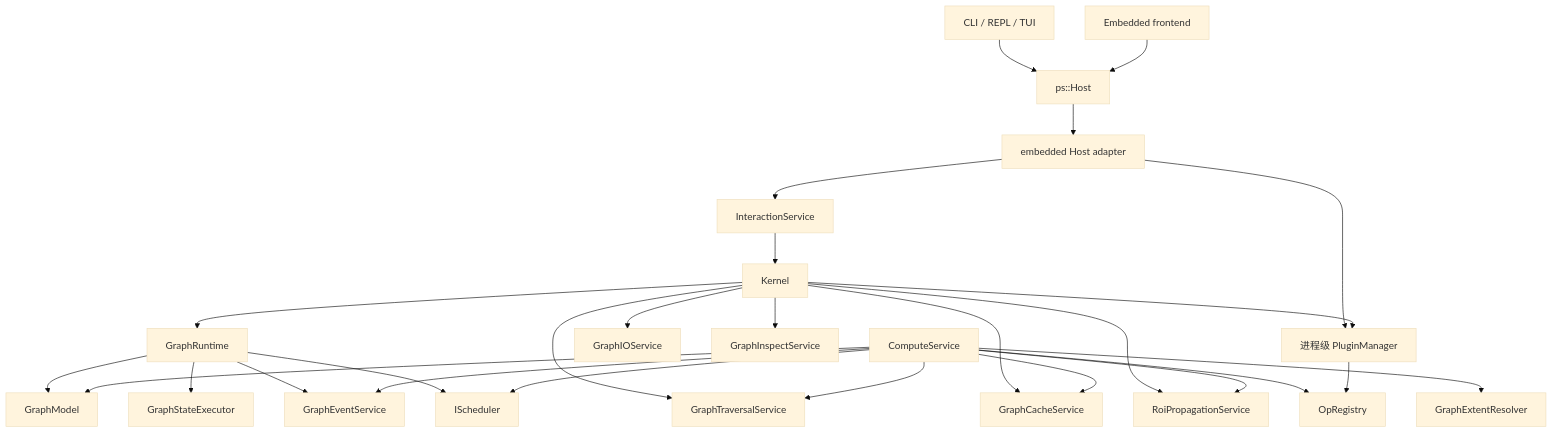
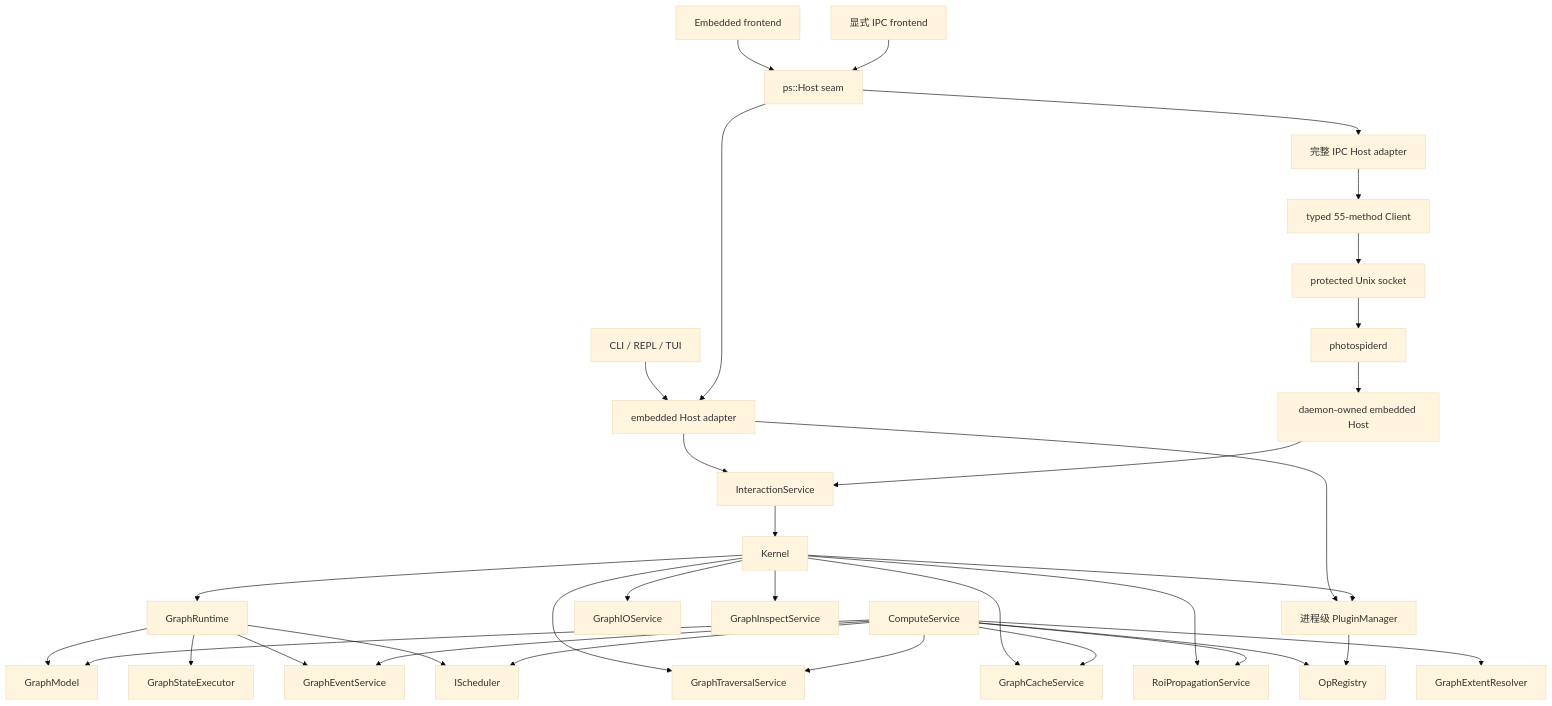
One commit to kevin-zf1123/photospider changed the diagram in docs/kernel-architecture/zh/Overview.zh.md. Above: the diagram before and after it, drawn with Mermaid (base theme). The commit also changed other lines of this file and 12 other files, not shown here.

````diff
--- a/docs/kernel-architecture/zh/Overview.zh.md
+++ b/docs/kernel-architecture/zh/Overview.zh.md
@@ -73,33 +87,40 @@
 ```mermaid
 graph TD
-    CLI["CLI / REPL / TUI"] --> Host["ps::Host"]
-    Frontend["Embedded frontend"] --> Host["ps::Host"]
-    Host --> EmbeddedHost["embedded Host adapter"]
+    CLI["CLI / REPL / TUI"] --> EmbeddedHost["embedded Host adapter"]
+    Frontend["Embedded frontend"] --> Host["ps::Host seam"]
+    RemoteFrontend["显式 IPC frontend"] --> Host
+    Host --> EmbeddedHost
+    Host --> IpcHost["完整 IPC Host adapter"]
+    IpcHost --> Client["typed 55-method Client"]
+    Client --> Socket["protected Unix socket"]
+    Socket --> Daemon["photospiderd"]
+    Daemon --> DaemonHost["daemon-owned embedded Host"]
     EmbeddedHost --> InteractionService
+    DaemonHost --> InteractionService
     EmbeddedHost --> PluginManager["进程级 PluginManager"]
     InteractionService --> Kernel
 
     Kernel --> GraphRuntime
     Kernel --> GraphIOService
     Kernel --> GraphTraversalService
     Kernel --> GraphCacheService
     Kernel --> GraphInspectService
     Kernel --> RoiPropagationService
     Kernel --> PluginManager
 
     GraphRuntime --> GraphModel
     GraphRuntime --> GraphStateExecutor
     GraphRuntime --> GraphEventService
     GraphRuntime --> IScheduler
 
     ComputeService --> GraphModel
     ComputeService --> GraphTraversalService
     ComputeService --> RoiPropagationService
     ComputeService --> GraphExtentResolver
     ComputeService --> GraphCacheService
     ComputeService --> GraphEventService
     ComputeService --> OpRegistry
     ComputeService --> IScheduler
 
     PluginManager --> OpRegistry
 ```
````
